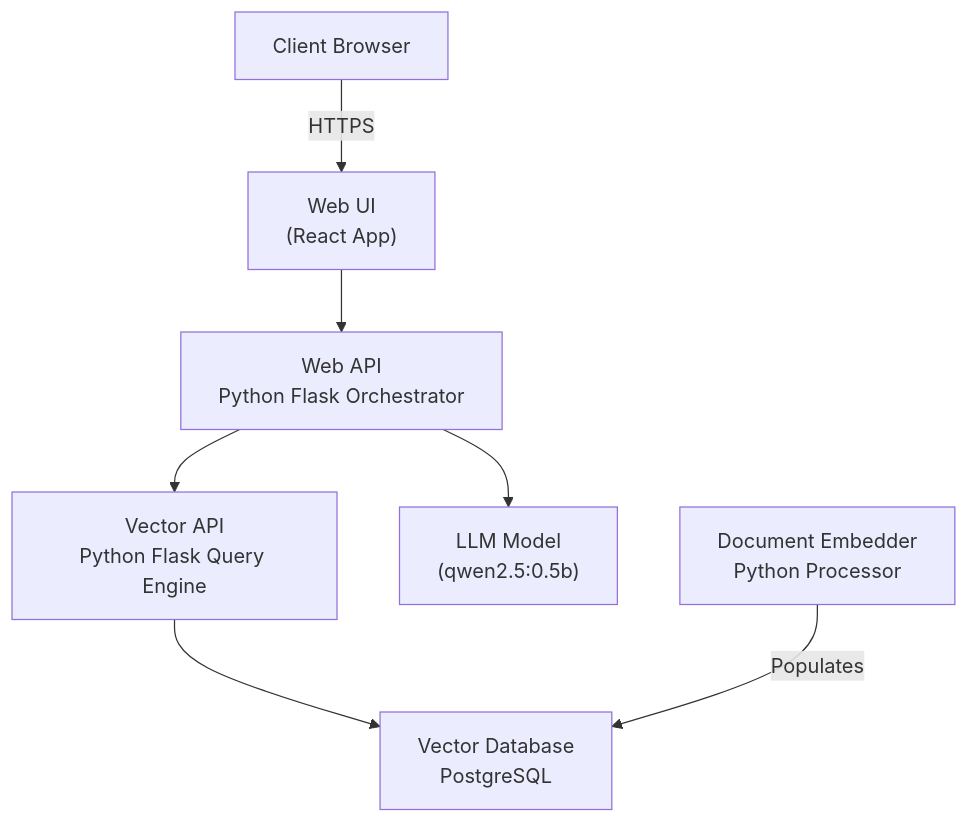
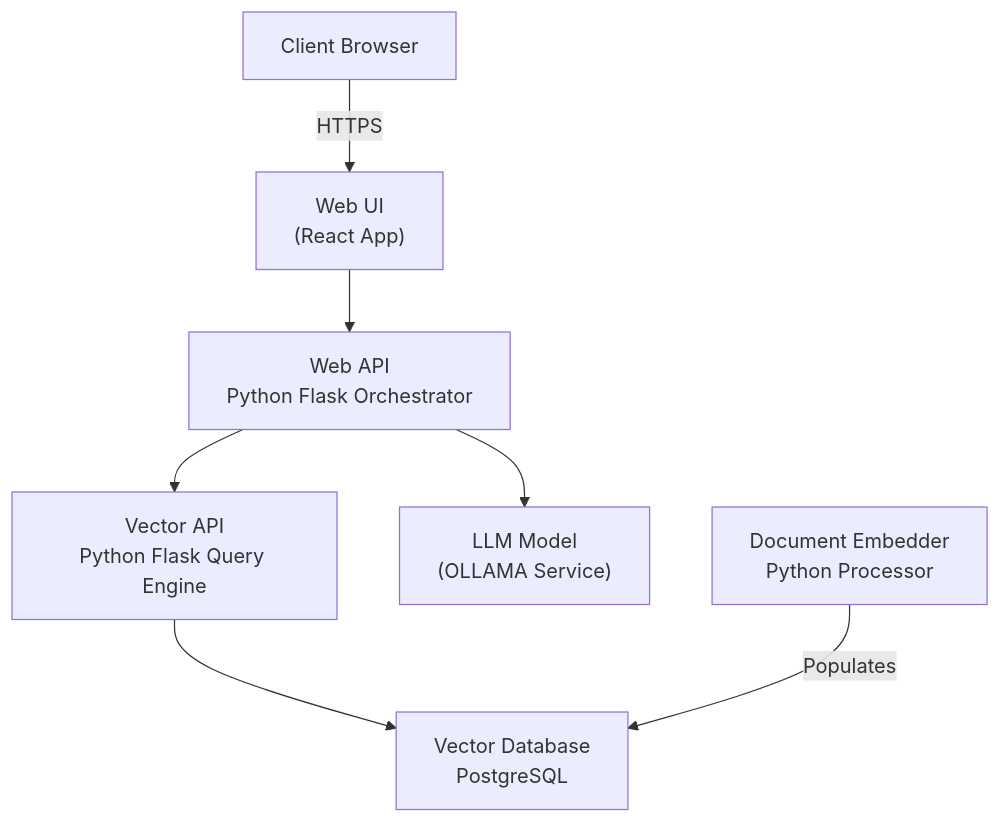
One commit to bcgov/EPIC.search changed the first of 2 diagrams in documentation/ARCHITECTURE.md. Above: the diagram before and after it, drawn with Mermaid. The commit also changed other lines of this file and 8 other files, not shown here.

````diff
--- a/documentation/ARCHITECTURE.md
+++ b/documentation/ARCHITECTURE.md
@@ -9,19 +9,19 @@
 ```mermaid
 graph TB
     %% Core Application Components
     WebUI["Web UI\n(React App)"]
     WebAPI["Web API\nPython Flask Orchestrator"]
     VectorAPI["Vector API\nPython Flask Query Engine"]
     VectorDB["Vector Database\nPostgreSQL"]
-    LLM["LLM Model\n(qwen2.5:0.5b)"]
+    LLM["LLM Model\n(OLLAMA Service)"]
     Embedder["Document Embedder\nPython Processor"]
     Client["Client Browser"]
     
     %% Core Application Flow
     Client -->|HTTPS| WebUI
     WebUI --> WebAPI
     WebAPI --> VectorAPI
     VectorAPI --> VectorDB
     WebAPI --> LLM
     Embedder -->|Populates| VectorDB
 ```
````
